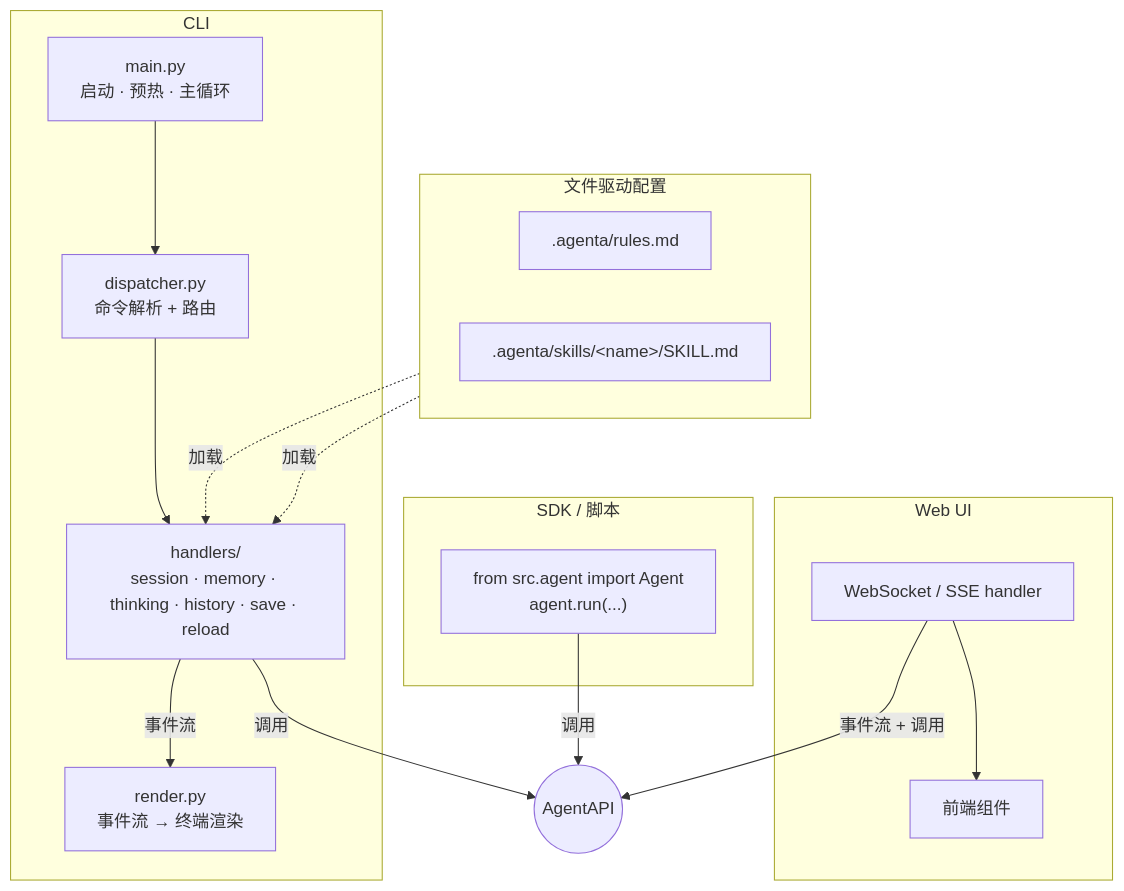
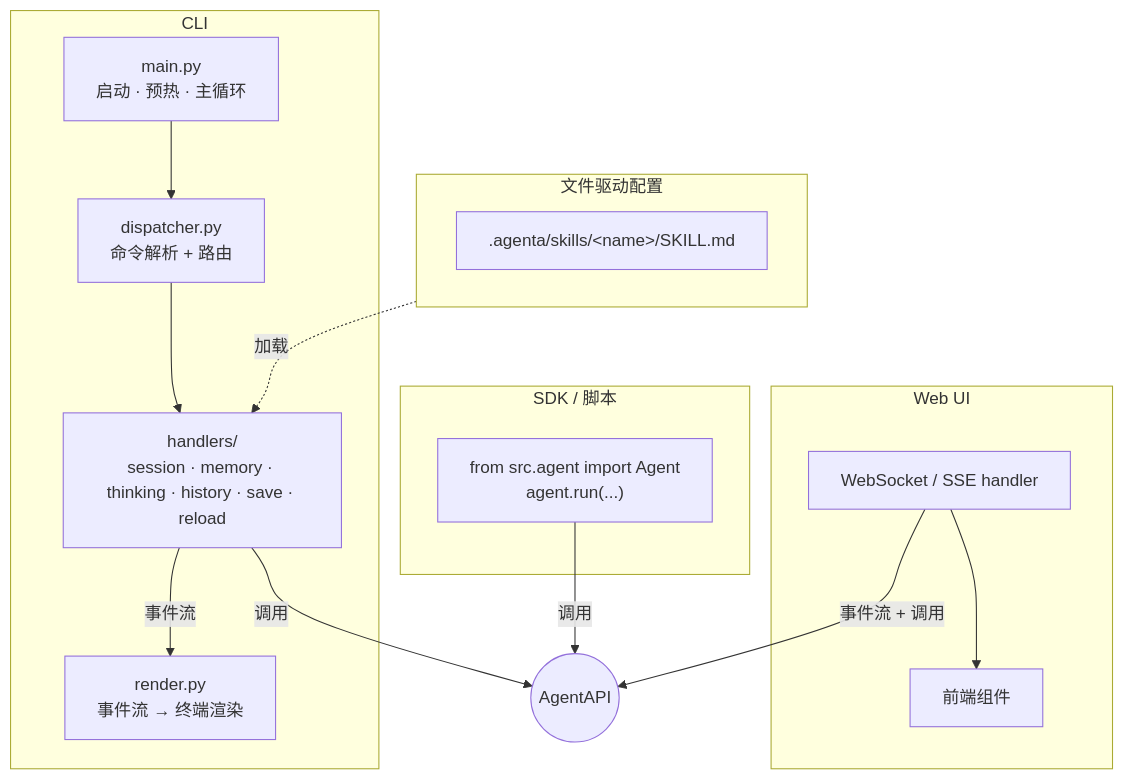
One commit to michaelwangzhenan/AgentA changed diagram 26 of 28 in docs/design.md. Above: the diagram before and after it, drawn with Mermaid. The commit also changed other lines of this file and 60 other files, not shown here.

````diff
--- a/docs/design.md
+++ b/docs/design.md
@@ -1559,35 +1558,33 @@
 ```mermaid
 flowchart TB
     subgraph CLI["CLI"]
         ENTRY["main.py<br/>启动 · 预热 · 主循环"]
         DISPATCH["dispatcher.py<br/>命令解析 + 路由"]
         H["handlers/<br/>session · memory · thinking · history · save · reload"]
         RENDER["render.py<br/>事件流 → 终端渲染"]
         ENTRY --> DISPATCH --> H
         H -->|"事件流"| RENDER
     end
 
     subgraph WEB["Web UI"]
         WS["WebSocket / SSE handler"]
         UI["前端组件"]
         WS --> UI
     end
 
     subgraph SDK["SDK / 脚本"]
         SCRIPT["from src.agent import Agent<br/>agent.run(...)"]
     end
 
     AAPI(("AgentAPI"))
 
     subgraph FILES["文件驱动配置"]
         direction LR
-        R[".agenta/rules.md"]
         SK[".agenta/skills/&lt;name&gt;/SKILL.md"]
     end
 
     H -->|"调用"| AAPI
     WS -->|"事件流 + 调用"| AAPI
     SCRIPT -->|"调用"| AAPI
-    R -.加载.-> H
     SK -.加载.-> H
 ```
````
